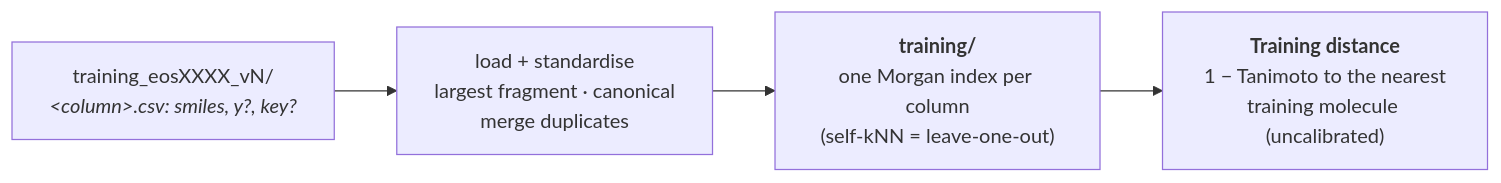
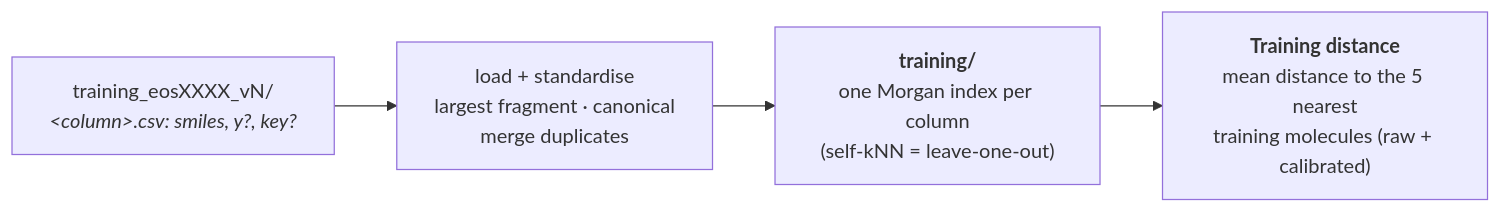
One commit to ersilia-os/eosquality changed the second of 3 diagrams in docs/diagram.md. Above: the diagram before and after it, drawn with Mermaid. The commit also changed other lines of this file and 11 other files, not shown here.

First line of the commit message:
Training distance: mean distance to 5 nearest training molecules, raw + calibrated

````diff
--- a/docs/diagram.md
+++ b/docs/diagram.md
@@ -27,6 +27,6 @@
 ```mermaid
 flowchart LR
     TR["training_eosXXXX_vN/<br/><i>&lt;column&gt;.csv: smiles, y?, key?</i>"] --> LD["load + standardise<br/>largest fragment · canonical<br/>merge duplicates"]
     LD --> IDX["<b>training/</b><br/>one Morgan index per column<br/>(self-kNN = leave-one-out)"]
-    IDX --> TD["<b>Training distance</b><br/>1 − Tanimoto to the nearest<br/>training molecule (uncalibrated)"]
+    IDX --> TD["<b>Training distance</b><br/>mean distance to the 5 nearest<br/>training molecules (raw + calibrated)"]
 ```
````
